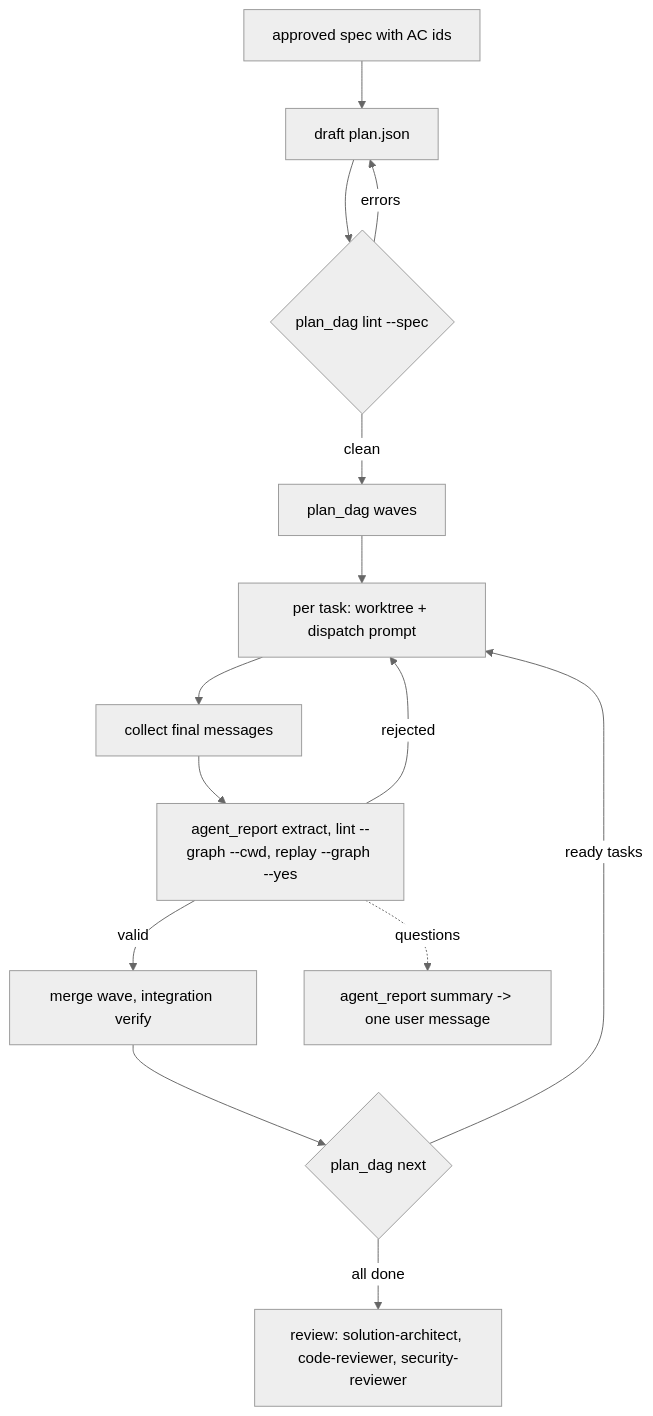
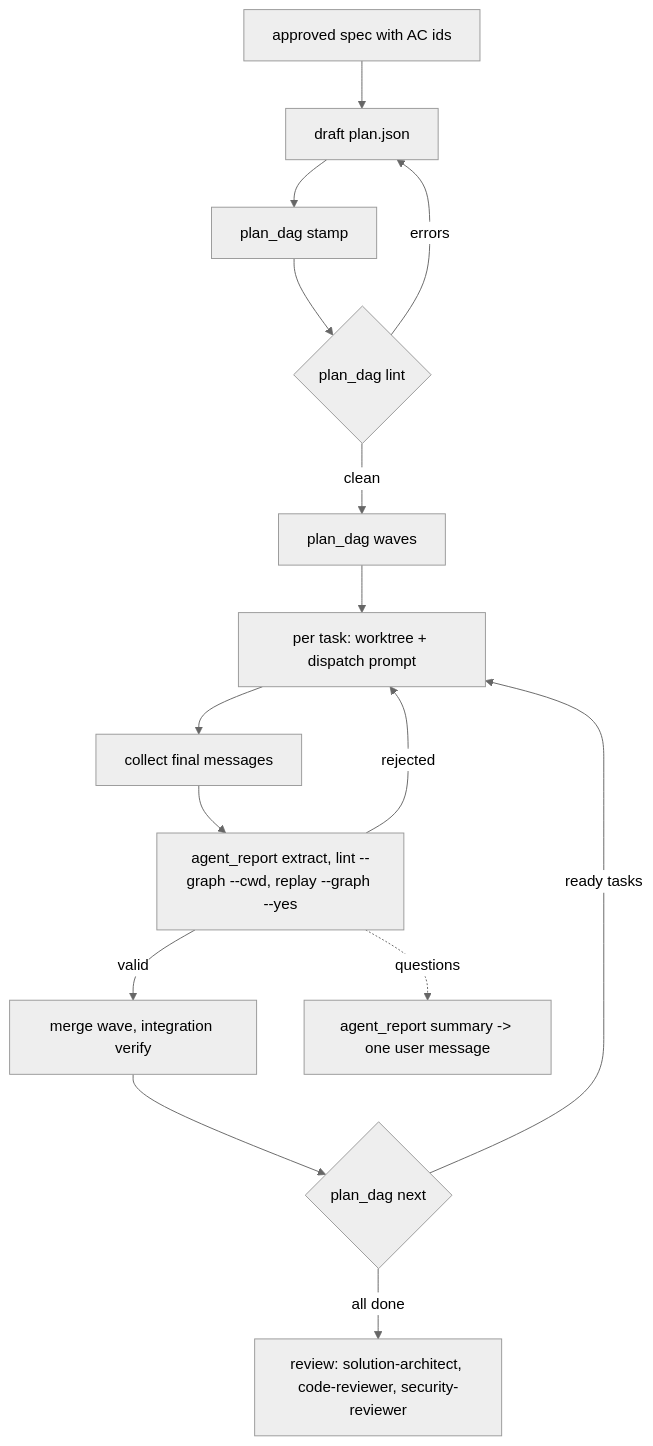
The diagram in skills/orchestrate/SKILL.md (gauravprwl14/100x-engineer), drawn with Mermaid (neutral theme) before and after one commit. The commit also changed other lines of this file and 7 other files, not shown here.

First line of the commit message:
docs(planning): stamp before lint, colocated feature files, the ask cap, evidence as proof

````diff
--- a/skills/orchestrate/SKILL.md
+++ b/skills/orchestrate/SKILL.md
@@ -29,16 +29,17 @@
 ```mermaid
 flowchart TD
     S[approved spec with AC ids] --> P[draft plan.json]
-    P --> L{plan_dag lint --spec}
+    P --> ST[plan_dag stamp]
+    ST --> L{plan_dag lint}
     L -- errors --> P
     L -- clean --> W[plan_dag waves]
     W --> D[per task: worktree + dispatch prompt]
     D --> R[collect final messages]
     R --> X[agent_report extract, lint --graph --cwd, replay --graph --yes]
     X -- rejected --> D
     X -- valid --> M[merge wave, integration verify]
     M --> N{plan_dag next}
     N -- ready tasks --> D
     N -- all done --> V[review: solution-architect, code-reviewer, security-reviewer]
     X -. questions .-> Q[agent_report summary -> one user message]
 ```
````
